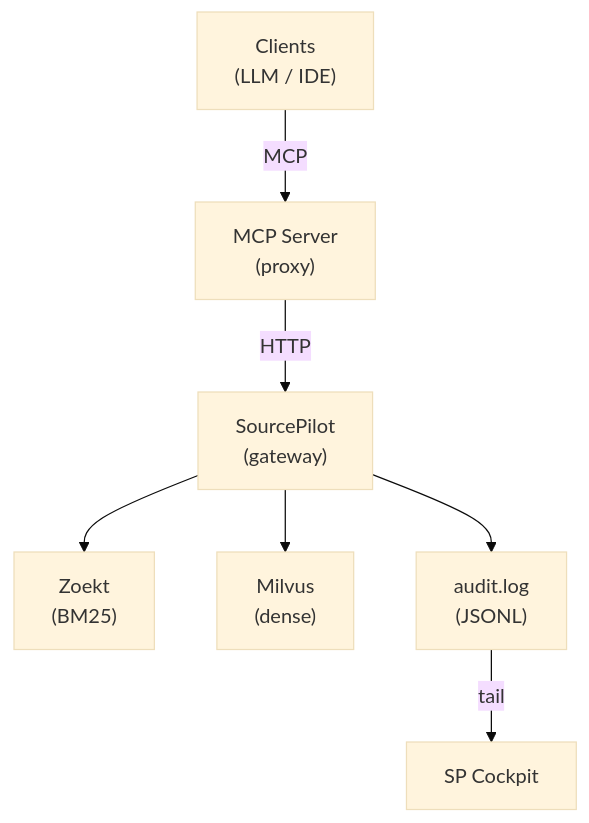
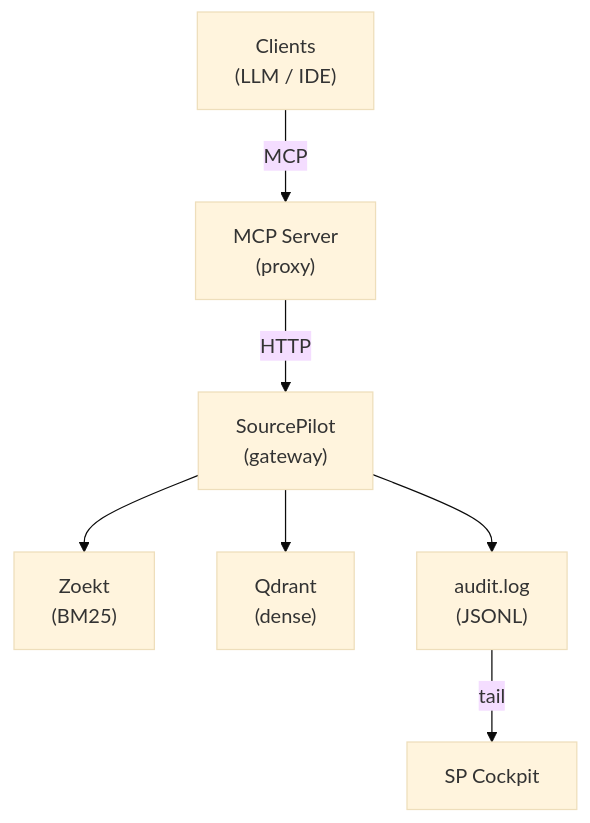
The diagram in README.md (INNERJOINT/SourcePilot), drawn with Mermaid (base theme) before and after one commit. The commit also changed other lines of this file and 28 other files, not shown here.

First line of the commit message:
docs(dense): finish Milvus -> Qdrant migration in docs and comments

````diff
--- a/README.md
+++ b/README.md
@@ -35,9 +35,9 @@
 ```mermaid
 flowchart TD
     Clients["Clients<br/>(LLM / IDE)"] -->|MCP| MCP["MCP Server<br/>(proxy)"]
     MCP -->|HTTP| SP["SourcePilot<br/>(gateway)"]
     SP --> Zoekt["Zoekt<br/>(BM25)"]
-    SP --> Milvus["Milvus<br/>(dense)"]
+    SP --> Qdrant["Qdrant<br/>(dense)"]
     SP --> Audit["audit.log<br/>(JSONL)"]
     Audit -->|tail| AV["SP Cockpit"]
 ```
````
